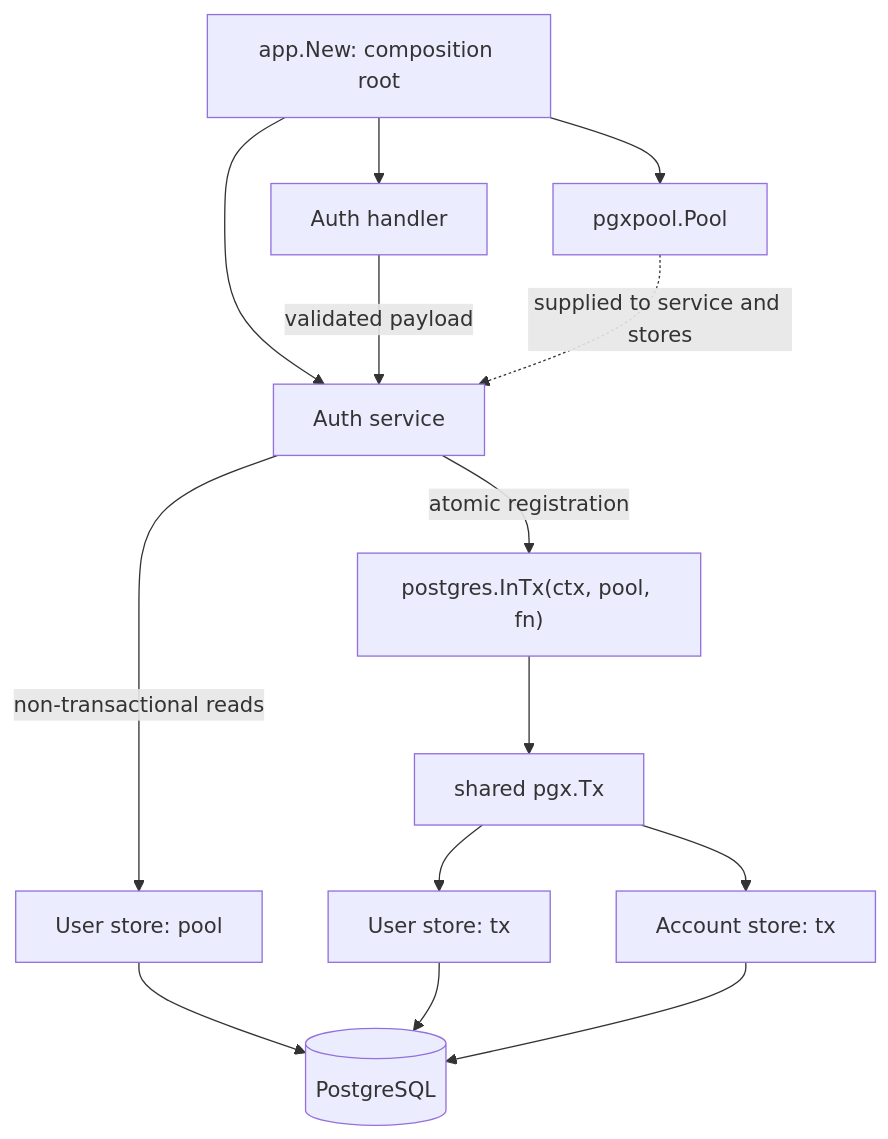
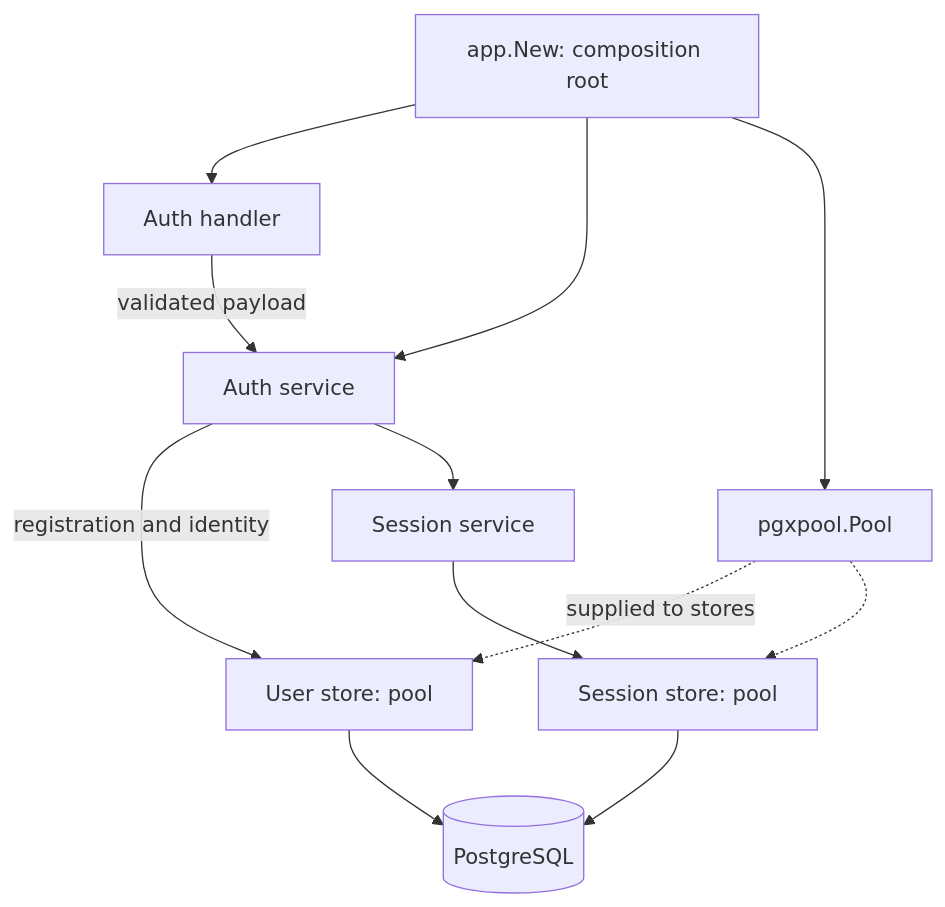
Before and after one commit to has-bii/mini-core-banking-ledger: the first of 2 diagrams in backend/docs/architecture.md, drawn with Mermaid. The commit also changed other lines of this file and 14 other files, not shown here.

````diff
--- a/backend/docs/architecture.md
+++ b/backend/docs/architecture.md
@@ -63,16 +63,14 @@
 ```mermaid
 flowchart TD
     App["app.New: composition root"] --> Handler["Auth handler"]
     App --> Service["Auth service"]
     App --> Pool["pgxpool.Pool"]
     Handler -->|"validated payload"| Service
-    Service -->|"non-transactional reads"| ReadStore["User store: pool"]
-    Service -->|"atomic registration"| InTx["postgres.InTx(ctx, pool, fn)"]
-    Pool -.->|"supplied to service and stores"| Service
-    InTx --> Tx["shared pgx.Tx"]
-    Tx --> UserStore["User store: tx"]
-    Tx --> AccountStore["Account store: tx"]
-    ReadStore --> DB[(PostgreSQL)]
-    UserStore --> DB
-    AccountStore --> DB
+    Service -->|"registration and identity"| UserStore["User store: pool"]
+    Service --> SessionService["Session service"]
+    SessionService --> SessionStore["Session store: pool"]
+    Pool -.->|"supplied to stores"| UserStore
+    Pool -.-> SessionStore
+    UserStore --> DB[(PostgreSQL)]
+    SessionStore --> DB
 ```
````
